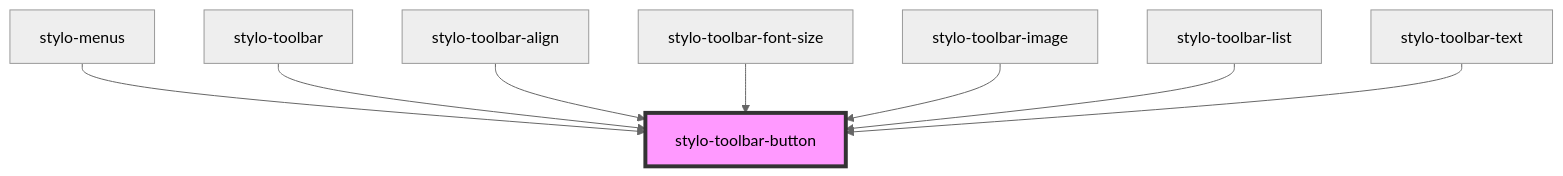
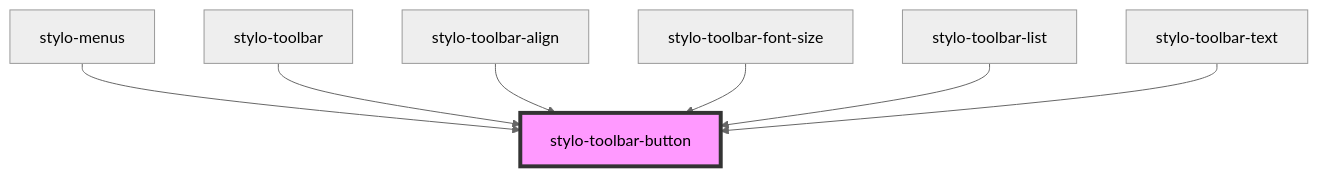
Before and after one commit to peterpeterparker/stylo: the diagram in src/components/toolbars/button/readme.md, drawn with Mermaid (neutral theme). The commit also changed other lines of this file and 9 other files, not shown here.

````diff
--- a/src/components/toolbars/button/readme.md
+++ b/src/components/toolbars/button/readme.md
@@ -33,11 +32,10 @@
 ```mermaid
 graph TD;
   stylo-menus --> stylo-toolbar-button
   stylo-toolbar --> stylo-toolbar-button
   stylo-toolbar-align --> stylo-toolbar-button
   stylo-toolbar-font-size --> stylo-toolbar-button
-  stylo-toolbar-image --> stylo-toolbar-button
   stylo-toolbar-list --> stylo-toolbar-button
   stylo-toolbar-text --> stylo-toolbar-button
   style stylo-toolbar-button fill:#f9f,stroke:#333,stroke-width:4px
 ```
````
